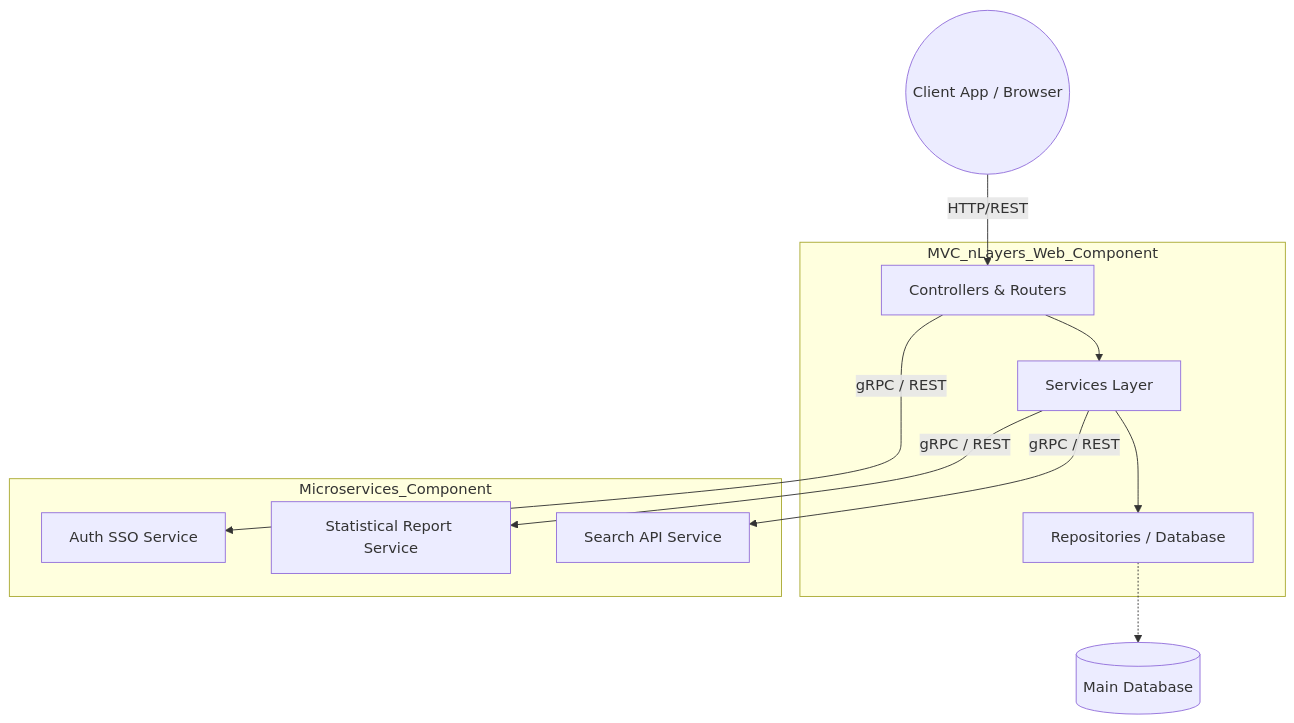
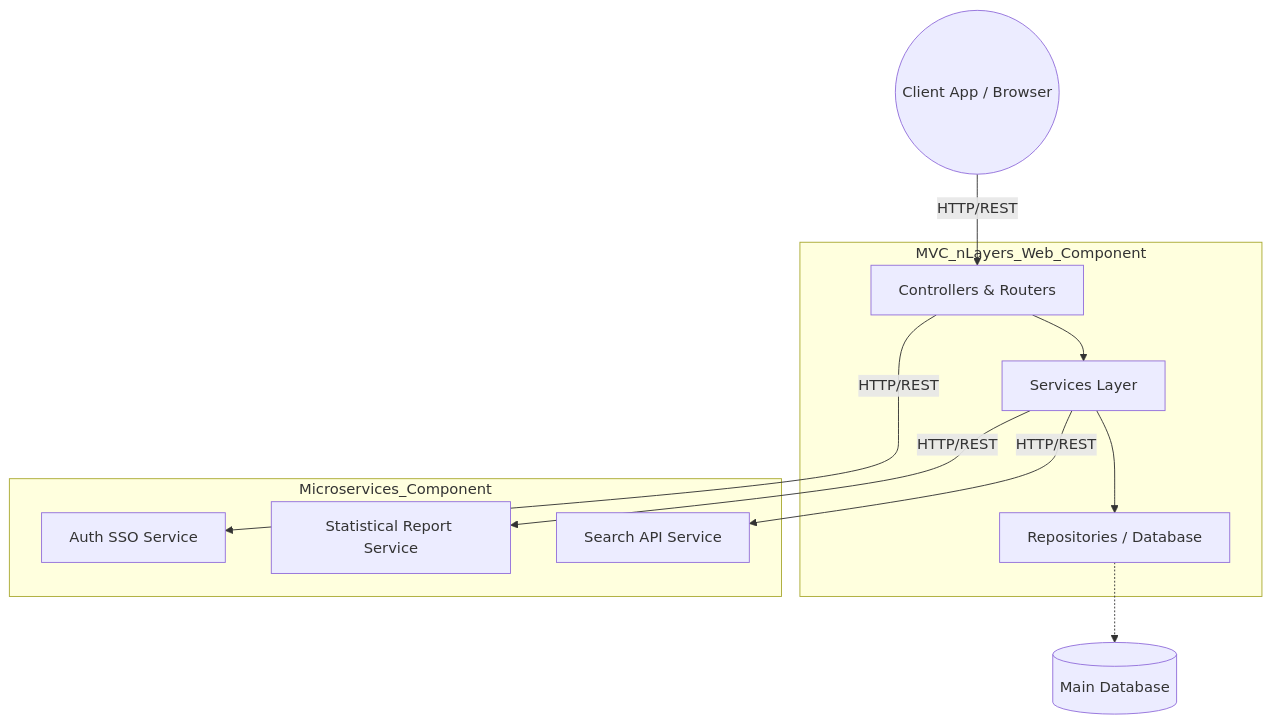
Before and after one commit to DYBInh2k5/Kien_Truc_Phan_Mem_Test: the first of 5 diagrams in Project/Design/Architecture_Document.md, drawn with Mermaid. The commit also changed 5 other files, not shown here.

````diff
--- a/Project/Design/Architecture_Document.md
+++ b/Project/Design/Architecture_Document.md
@@ -13,25 +13,25 @@
 ```mermaid
 graph TD
     Client((Client App / Browser))
 
     subgraph MVC_nLayers_Web_Component
         Controller[Controllers & Routers]
         Service[Services Layer]
         Repository[Repositories / Database]
         
         Controller --> Service
         Service --> Repository
     end
 
     subgraph Microservices_Component
         SSO[Auth SSO Service]
         Report[Statistical Report Service]
         Search[Search API Service]
     end
 
     Client -- HTTP/REST --> Controller
-    Controller -- gRPC / REST --> SSO
-    Service -- gRPC / REST --> Search
-    Service -- gRPC / REST --> Report
+    Controller -- HTTP/REST --> SSO
+    Service -- HTTP/REST --> Search
+    Service -- HTTP/REST --> Report
     Repository -.-> DB[(Main Database)]
 ```
````
